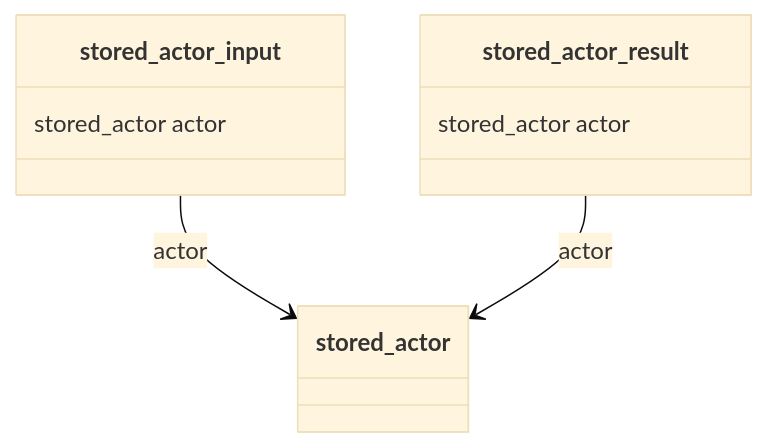
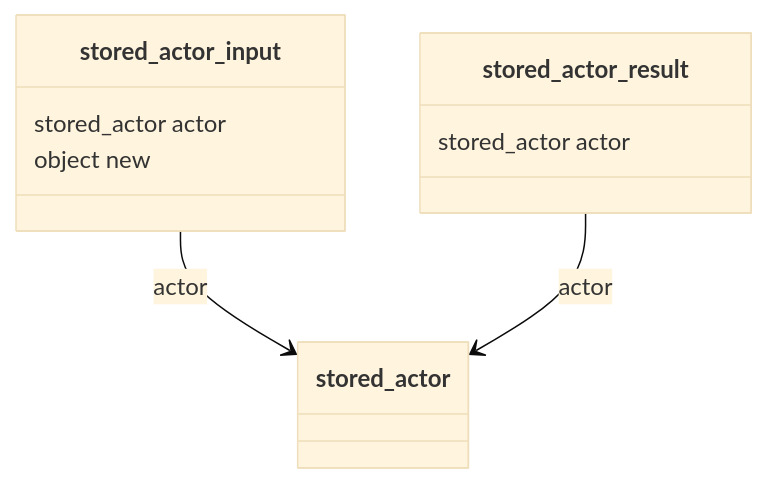
Diagram 33 of 34 in docs/backend/contract-diagram.md (SETA1609/riftweave-core), drawn with Mermaid (base theme) before and after one commit. The commit also changed other lines of this file and 305 other files, not shown here.

````diff
--- a/docs/backend/contract-diagram.md
+++ b/docs/backend/contract-diagram.md
@@ -867,12 +992,13 @@
 ```mermaid
 classDiagram
     class stored_actor_input {
         stored_actor actor
+        object new
     }
     class stored_actor_result {
         stored_actor actor
     }
     class stored_actor
     stored_actor_input --> stored_actor : actor
     stored_actor_result --> stored_actor : actor
 ```
````
